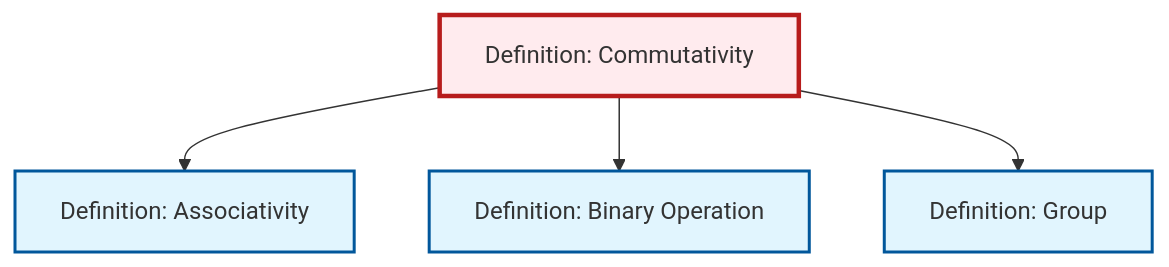
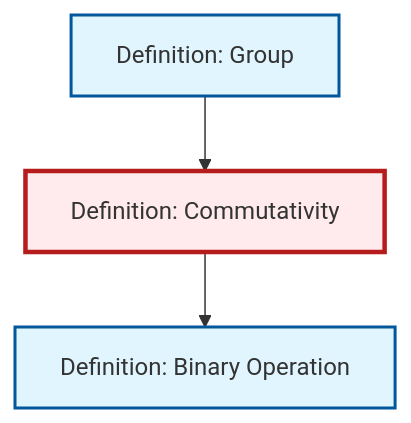
One commit to RK0429/ModernMath changed the diagram in content/en/algebra/def-commutativity.qmd. Above: the diagram before and after it, drawn with Mermaid. The commit also changed 511 other files, not shown here.

````diff
--- a/content/en/algebra/def-commutativity.qmd
+++ b/content/en/algebra/def-commutativity.qmd
@@ -92,21 +92,15 @@
 ```{mermaid}
 %%| fig-cap: "Local dependency graph"
 graph TD
     classDef definition fill:#e1f5fe,stroke:#01579b,stroke-width:2px
     classDef theorem fill:#f3e5f5,stroke:#4a148c,stroke-width:2px
     classDef axiom fill:#fff3e0,stroke:#e65100,stroke-width:2px
     classDef example fill:#e8f5e9,stroke:#1b5e20,stroke-width:2px
     classDef current fill:#ffebee,stroke:#b71c1c,stroke-width:3px
     def-group["Definition: Group"]:::definition
+    def-commutativity["Definition: Commutativity"]:::definition
     def-binary-operation["Definition: Binary Operation"]:::definition
-    def-associativity["Definition: Associativity"]:::definition
-    def-commutativity["Definition: Commutativity"]:::definition
-    def-commutativity --> def-associativity
     def-commutativity --> def-binary-operation
-    def-commutativity --> def-group
+    def-group --> def-commutativity
     class def-commutativity current
-
-    click def-group "def-group.html" "Go to Group definition"
-    click def-binary-operation "def-binary-operation.html" "Go to Binary Operation definition"
-    click def-associativity "def-associativity.html" "Go to Associativity definition"
 ```
````
